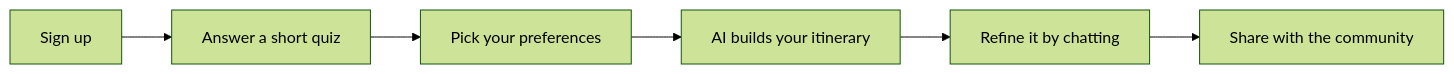
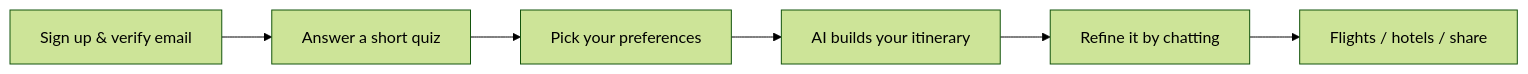
Before and after one commit to UsmMH/Rihla-Tech: the diagram in README.md, drawn with Mermaid (forest theme). The commit also changed other lines of this file and 1 other file, not shown here.

````diff
--- a/README.md
+++ b/README.md
@@ -31,8 +31,8 @@
 ```mermaid
 flowchart LR
-    A[Sign up] --> B[Answer a short quiz]
+    A[Sign up & verify email] --> B[Answer a short quiz]
     B --> C[Pick your preferences]
     C --> D[AI builds your itinerary]
     D --> E[Refine it by chatting]
-    E --> F[Share with the community]
+    E --> F[Flights / hotels / share]
 ```
````
